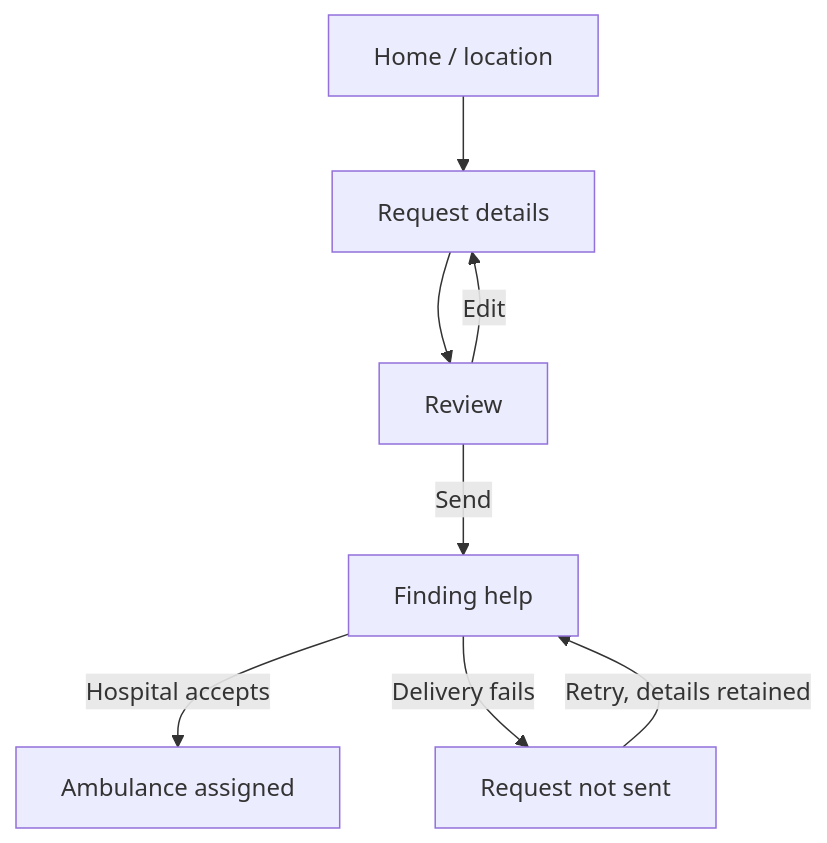
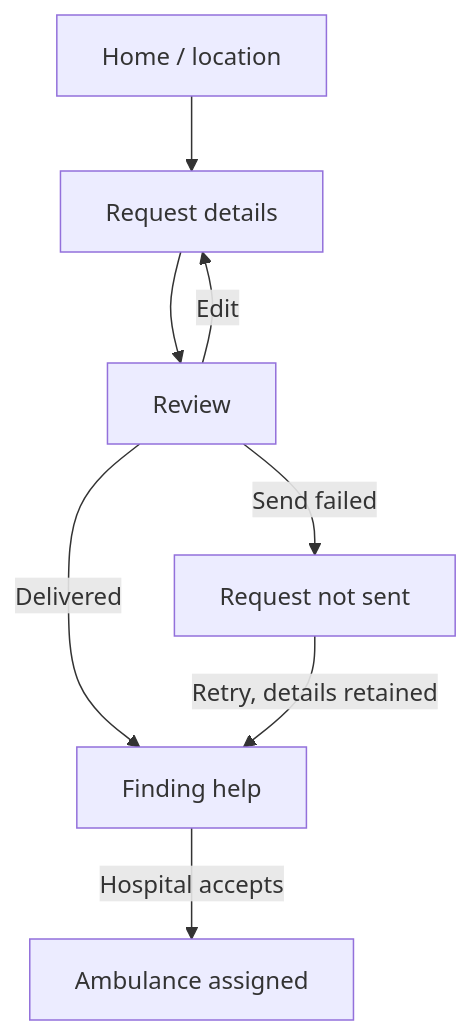
One commit to ankith2409-web/AUSPIFY changed the diagram in task-01-mobile-wireframes/README.md. Above: the diagram before and after it, drawn with Mermaid. The commit also changed other lines of this file, not shown here.

Commit message:
Correct Task 01 delivery state in README.md

````diff
--- a/task-01-mobile-wireframes/README.md
+++ b/task-01-mobile-wireframes/README.md
@@ -37,10 +37,10 @@
 ```mermaid
 flowchart TD
     A["Home / location"] --> B["Request details"]
     B --> C["Review"]
     C -->|Edit| B
-    C -->|Send| D["Finding help"]
+    C -->|Delivered| D["Finding help"]
+    C -->|Send failed| F["Request not sent"]
     D -->|Hospital accepts| E["Ambulance assigned"]
-    D -->|Delivery fails| F["Request not sent"]
     F -->|Retry, details retained| D
 ```
````
